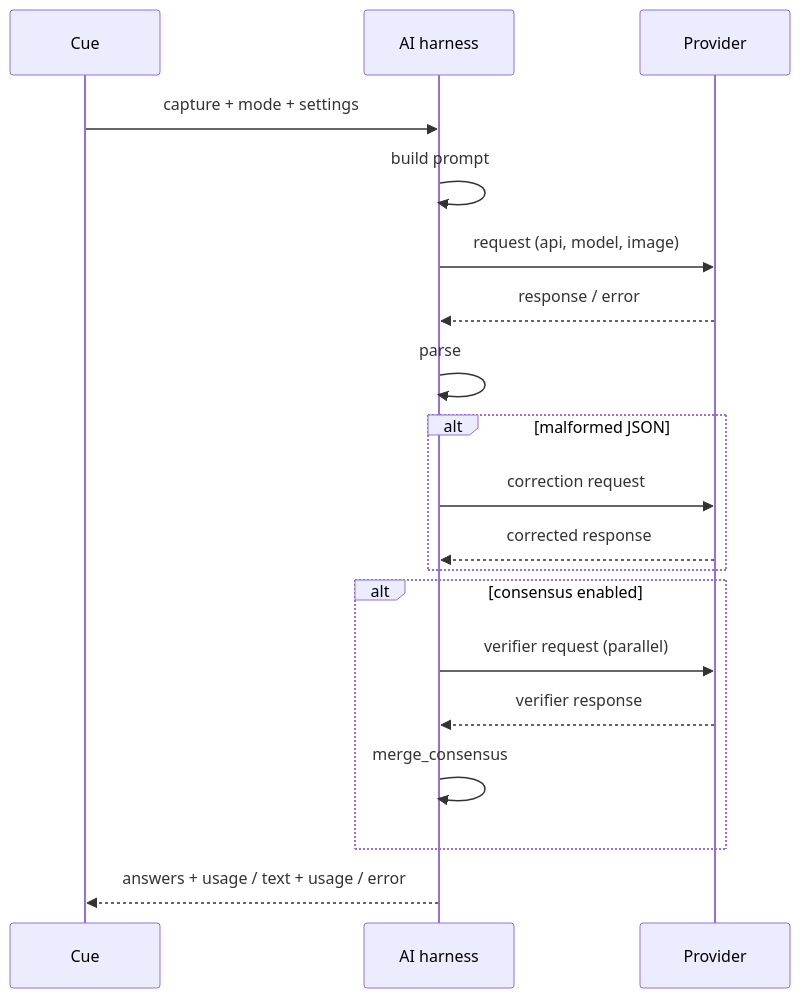
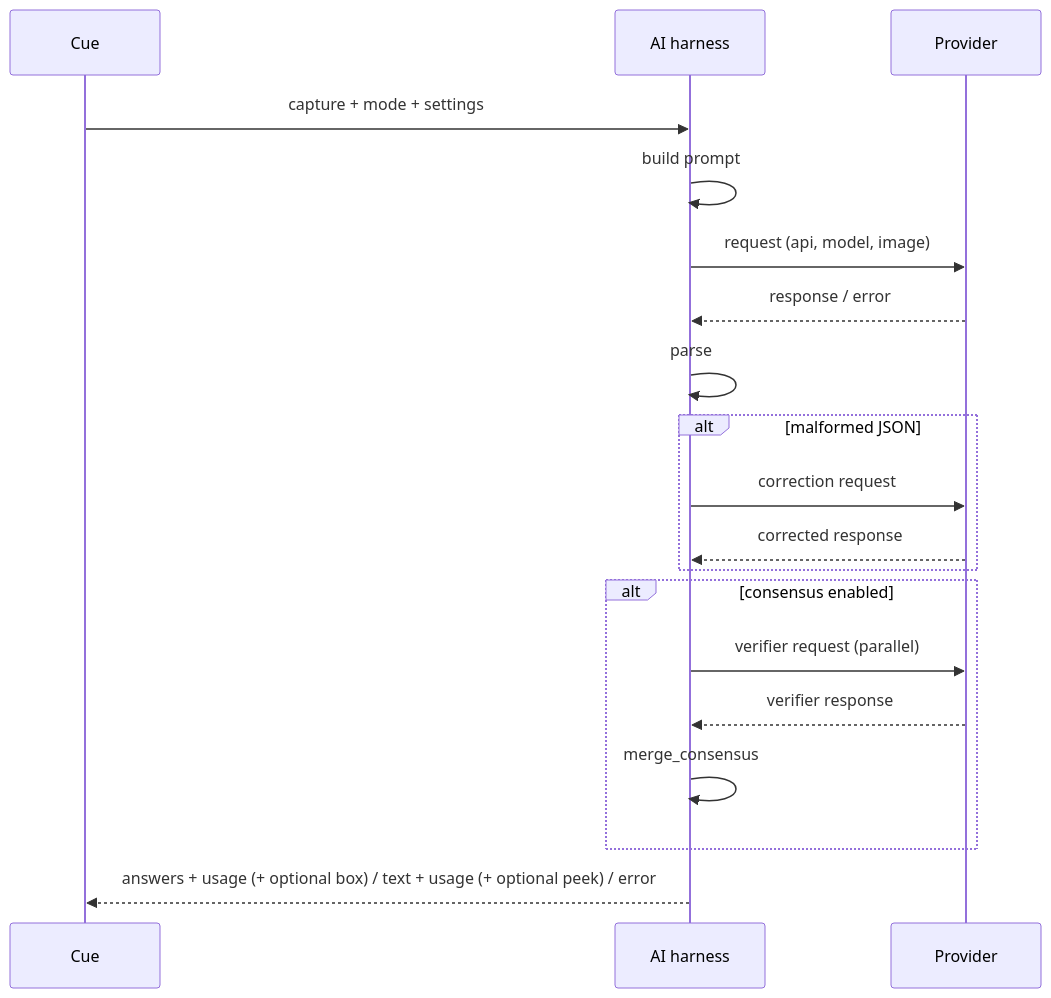
One commit to gguatit/cue changed the diagram in docs/AI_HARNESS.md. Above: the diagram before and after it, drawn with Mermaid. The commit also changed other lines of this file and 26 other files, not shown here.

````diff
--- a/docs/AI_HARNESS.md
+++ b/docs/AI_HARNESS.md
@@ -260,21 +275,21 @@
 ```mermaid
 sequenceDiagram
   participant C as Cue
   participant H as AI harness
   participant P as Provider
   C->>H: capture + mode + settings
   H->>H: build prompt
   H->>P: request (api, model, image)
   P-->>H: response / error
   H->>H: parse
   alt malformed JSON
     H->>P: correction request
     P-->>H: corrected response
   end
   alt consensus enabled
     H->>P: verifier request (parallel)
     P-->>H: verifier response
     H->>H: merge_consensus
   end
-  H-->>C: answers + usage / text + usage / error
+  H-->>C: answers + usage (+ optional box) / text + usage (+ optional peek) / error
 ```
````
